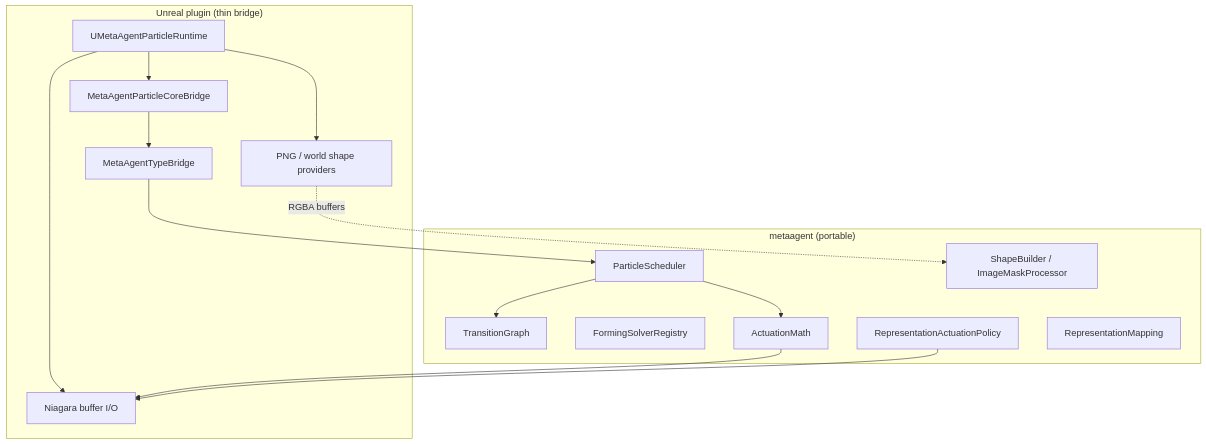
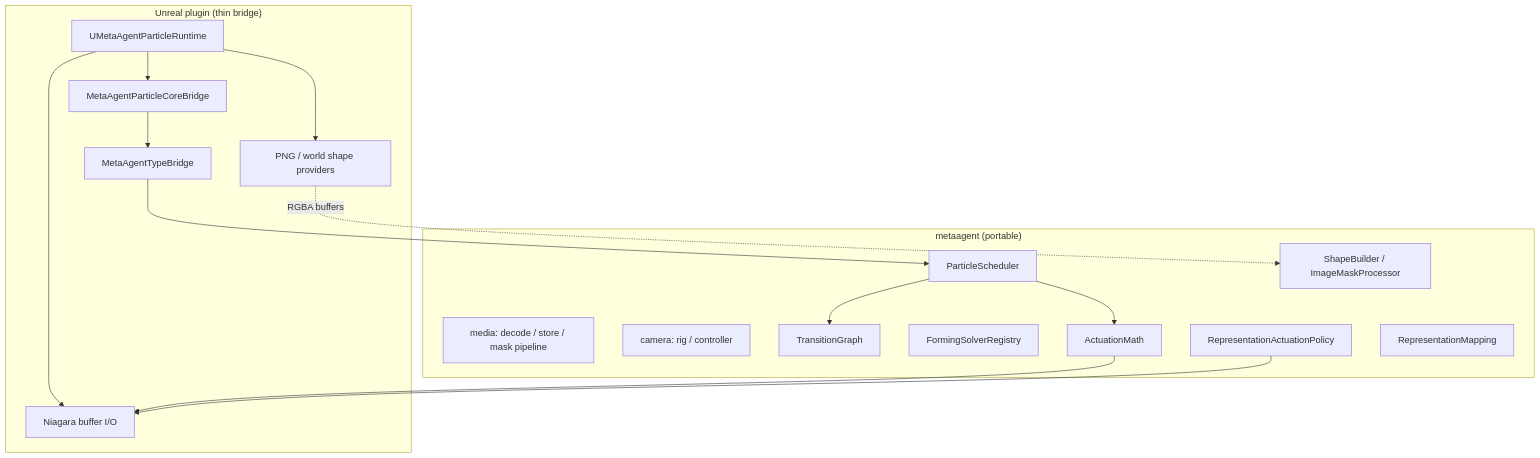
One commit to vecnode/metaagent-ue5-plugin changed the first of 3 diagrams in metaagent/README.md. Above: the diagram before and after it, drawn with Mermaid. The commit also changed other lines of this file and 56 other files, not shown here.

````diff
--- a/metaagent/README.md
+++ b/metaagent/README.md
@@ -20,31 +23,33 @@
 ```mermaid
 flowchart TB
     subgraph UE["Unreal plugin (thin bridge)"]
         RT[UMetaAgentParticleRuntime]
         TB[MetaAgentTypeBridge]
         Bridge[MetaAgentParticleCoreBridge]
         NIAG[Niagara buffer I/O]
         Shapes[PNG / world shape providers]
     end
 
     subgraph Core["metaagent (portable)"]
+        Media[media: decode / store / mask pipeline]
+        Cam[camera: rig / controller]
         Sched[ParticleScheduler]
         Graph[TransitionGraph]
         Form[FormingSolverRegistry]
         Act[ActuationMath]
         RepPol[RepresentationActuationPolicy]
         RepMap[RepresentationMapping]
         Shape[ShapeBuilder / ImageMaskProcessor]
     end
 
     RT --> Bridge
     Bridge --> TB
     TB --> Sched
     Sched --> Graph
     Sched --> Act
     RT --> NIAG
     RT --> Shapes
     Shapes -.->|RGBA buffers| Shape
     Act --> NIAG
     RepPol --> NIAG
 ```
````
